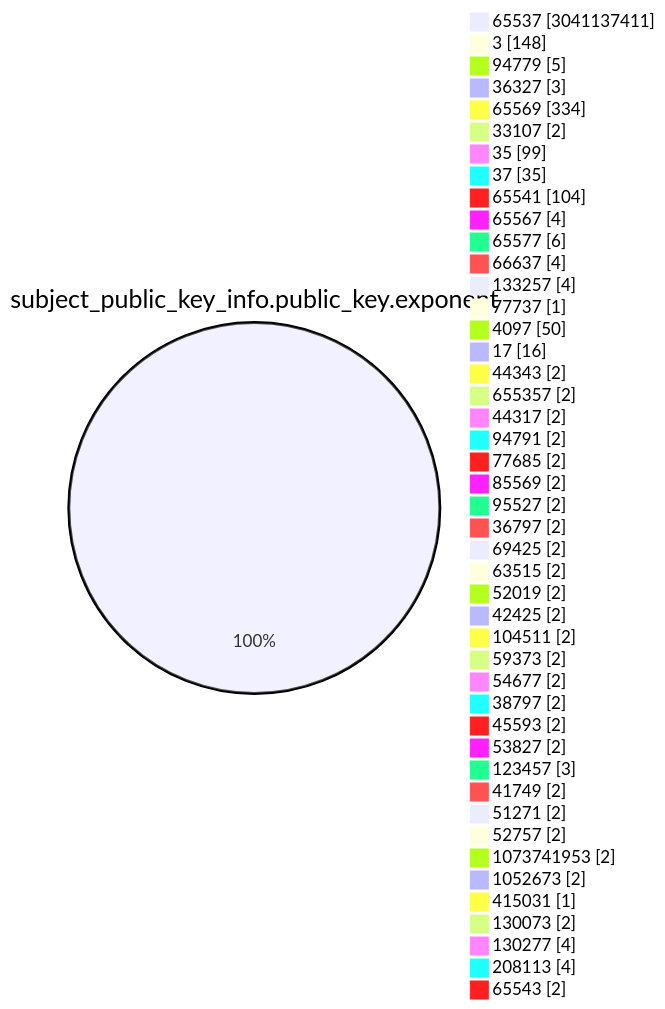
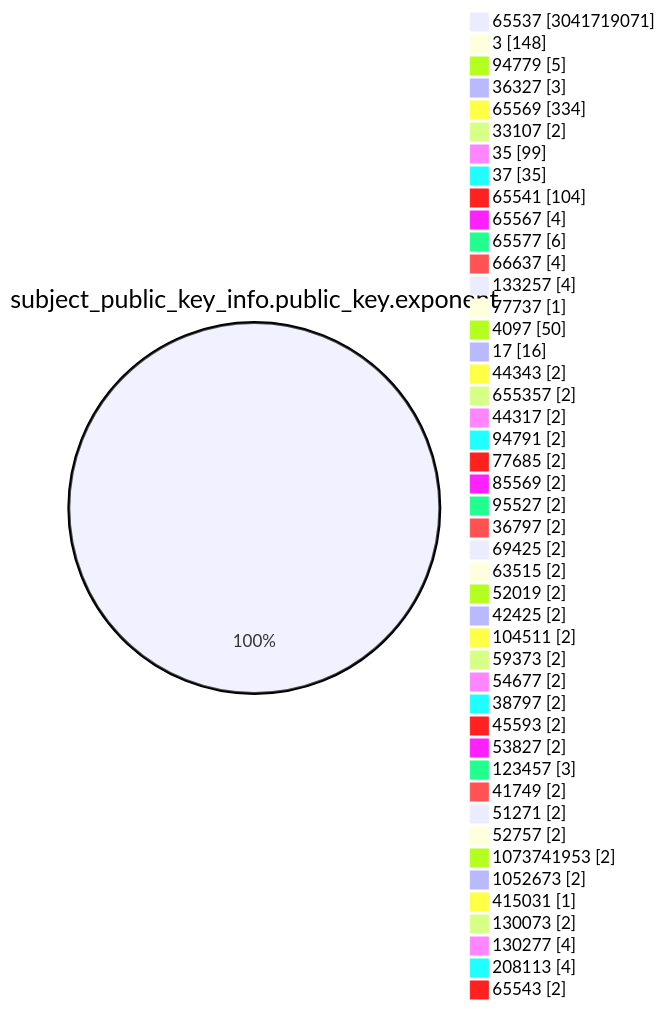
One commit to christiankrug/ctmonitor_visualization changed the fourth of 15 diagrams in TOTAL/README.md. Above: the diagram before and after it, drawn with Mermaid. The commit also changed other lines of this file, not shown here.

````diff
--- a/TOTAL/README.md
+++ b/TOTAL/README.md
@@ -1473,49 +1473,49 @@
 ```mermaid
 pie showData
 title subject_public_key_info.public_key.exponent
-"65537" :3041137411
+"65537" :3041719071
 "3" :148
 "94779" :5
 "36327" :3
 "65569" :334
 "33107" :2
 "35" :99
 "37" :35
 "65541" :104
 "65567" :4
 "65577" :6
 "66637" :4
 "133257" :4
 "77737" :1
 "4097" :50
 "17" :16
 "44343" :2
 "655357" :2
 "44317" :2
 "94791" :2
 "77685" :2
 "85569" :2
 "95527" :2
 "36797" :2
 "69425" :2
 "63515" :2
 "52019" :2
 "42425" :2
 "104511" :2
 "59373" :2
 "54677" :2
 "38797" :2
 "45593" :2
 "53827" :2
 "123457" :3
 "41749" :2
 "51271" :2
 "52757" :2
 "1073741953" :2
 "1052673" :2
 "415031" :1
 "130073" :2
 "130277" :4
 "208113" :4
 "65543" :2
 ```
````
